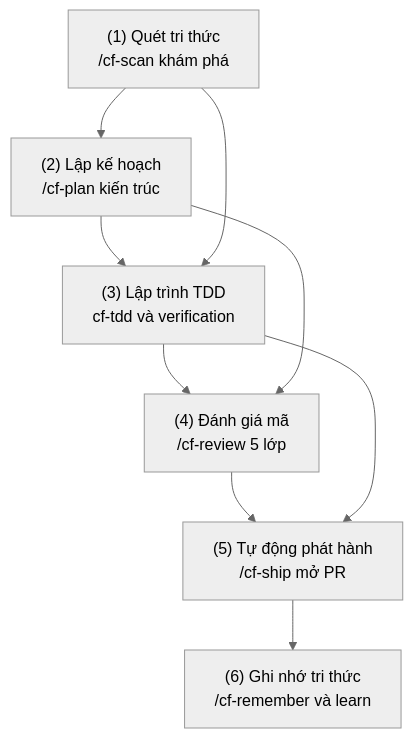
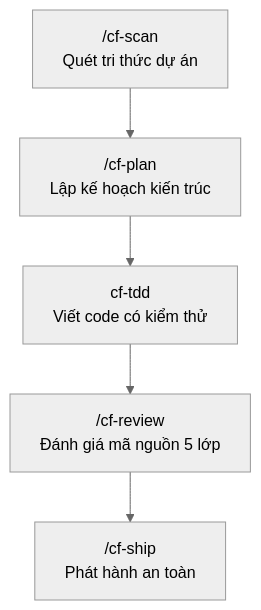
The first of 3 diagrams in content/posts/toan-tap-coding-friend-ai-engineering.md (nguyengoctin/my_website), drawn with Mermaid (neutral theme) before and after one commit. The commit also changed other lines of this file and 19 other files, not shown here.

Commit message:
chore: implement Mermaid best-practice audit script, apply auto-fixes to posts, and adjust rendering configurations

````diff
--- a/content/posts/toan-tap-coding-friend-ai-engineering.md
+++ b/content/posts/toan-tap-coding-friend-ai-engineering.md
@@ -43,17 +87,12 @@
 ```mermaid
 flowchart TD
-    Scan["(1) Quét tri thức<br/>/cf-scan khám phá"]
-    Plan["(2) Lập kế hoạch<br/>/cf-plan kiến trúc"]
-    Code["(3) Lập trình TDD<br/>cf-tdd và verification"]
-    Review["(4) Đánh giá mã<br/>/cf-review 5 lớp"]
-    Ship["(5) Tự động phát hành<br/>/cf-ship mở PR"]
-    Learn["(6) Ghi nhớ tri thức<br/>/cf-remember và learn"]
-    Scan --> Plan
-    Plan --> Code
-    Code --> Review
-    Review --> Ship
-    Ship --> Learn
-    Scan --> Code
-    Plan --> Review
-    Code --> Ship
+    Step0["/cf-scan<br/>Quét tri thức dự án"]
+    Step1["/cf-plan<br/>Lập kế hoạch kiến trúc"]
+    Step2["cf-tdd<br/>Viết code có kiểm thử"]
+    Step3["/cf-review<br/>Đánh giá mã nguồn 5 lớp"]
+    Step4["/cf-ship<br/>Phát hành an toàn"]
+    Step0 --> Step1
+    Step1 --> Step2
+    Step2 --> Step3
+    Step3 --> Step4
 ```
````
